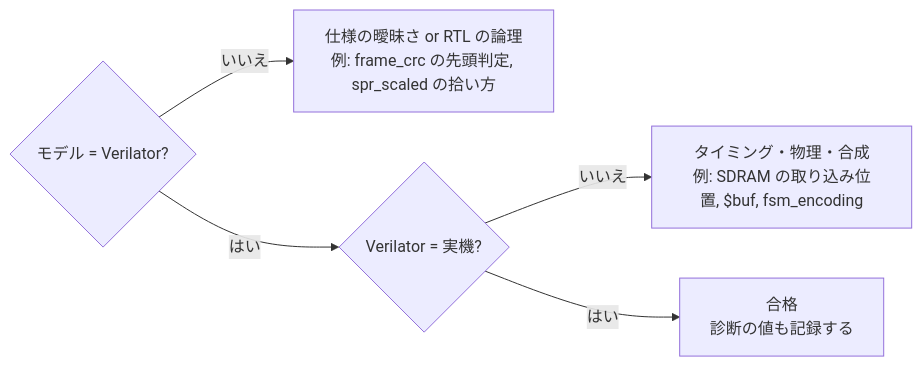
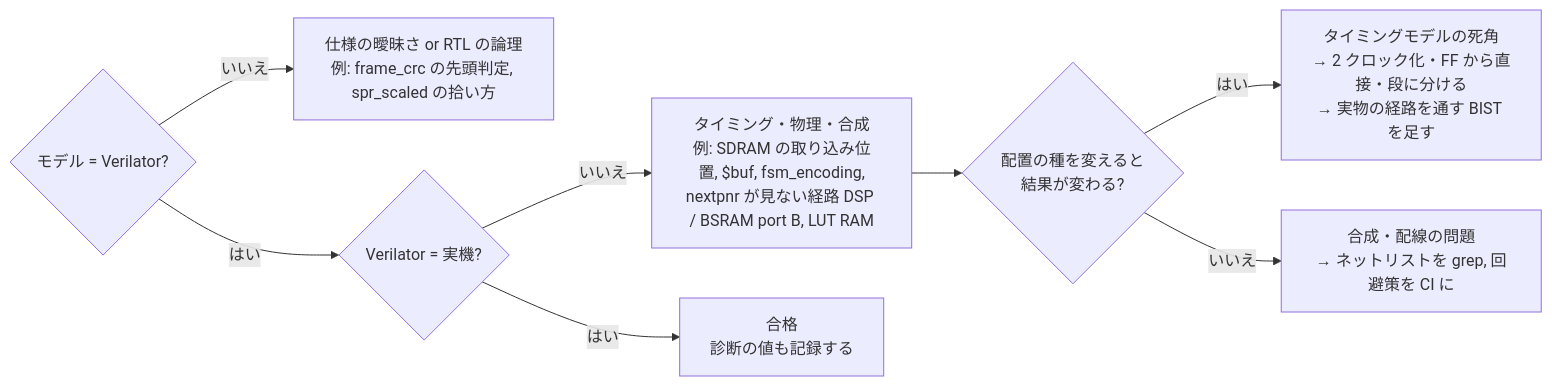
One commit to fpt/tang-verilog changed the third of 5 diagrams in docs/DEVELOPMENT_PROCESS.md. Above: the diagram before and after it, drawn with Mermaid. The commit also changed other lines of this file and 2 other files, not shown here.

````diff
--- a/docs/DEVELOPMENT_PROCESS.md
+++ b/docs/DEVELOPMENT_PROCESS.md
@@ -78,7 +78,10 @@
 ```mermaid
 flowchart LR
     A{モデル = Verilator?} -->|いいえ| B[仕様の曖昧さ or RTL の論理<br/>例: frame_crc の先頭判定, spr_scaled の拾い方]
     A -->|はい| C{Verilator = 実機?}
-    C -->|いいえ| D[タイミング・物理・合成<br/>例: SDRAM の取り込み位置, $buf, fsm_encoding]
+    C -->|いいえ| D[タイミング・物理・合成<br/>例: SDRAM の取り込み位置, $buf, fsm_encoding,<br/>nextpnr が見ない経路 DSP / BSRAM port B, LUT RAM]
+    D --> D2{配置の種を変えると<br/>結果が変わる?}
+    D2 -->|はい| D3[タイミングモデルの死角<br/>→ 2 クロック化・FF から直接・段に分ける<br/>→ 実物の経路を通す BIST を足す]
+    D2 -->|いいえ| D4[合成・配線の問題<br/>→ ネットリストを grep, 回避策を CI に]
     C -->|はい| E[合格<br/>診断の値も記録する]
 ```
````
